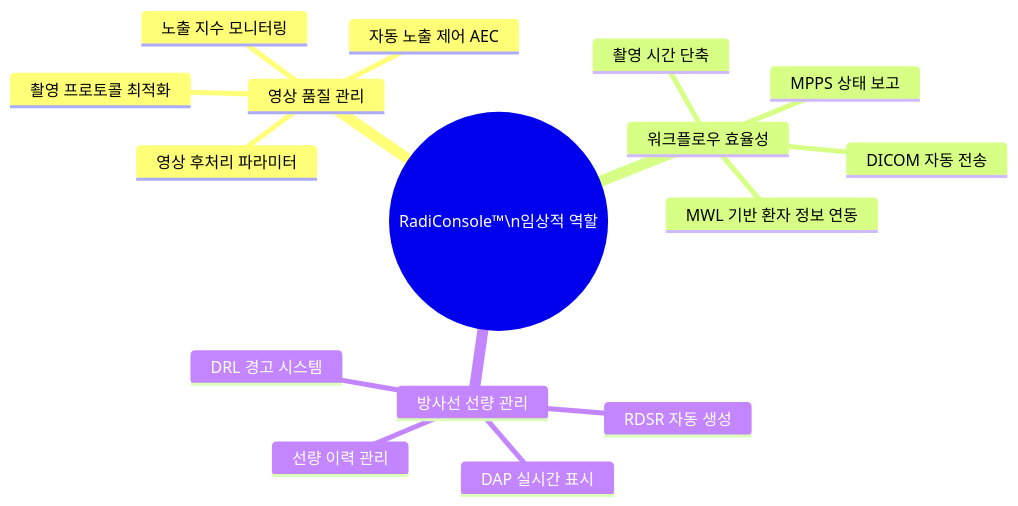
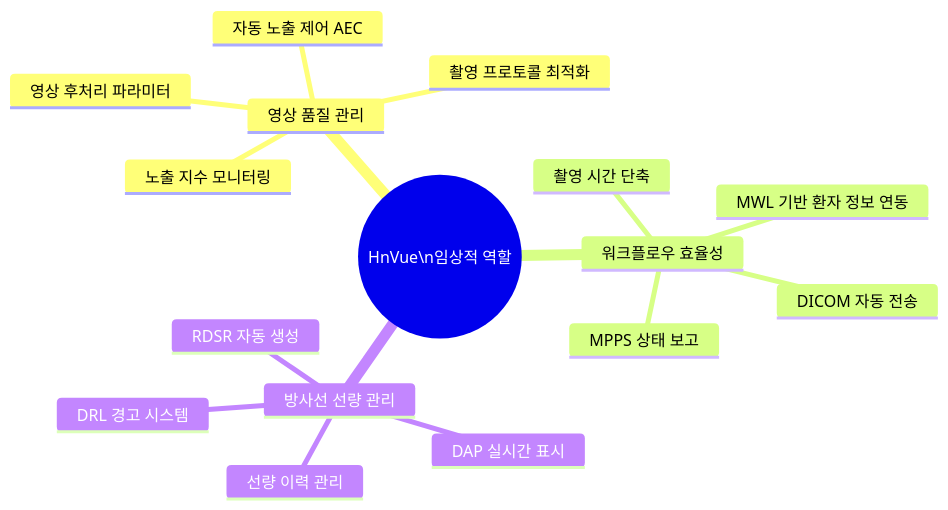
The second of 7 diagrams in docs/regulatory/DOC-020_Clinical_Evaluation_Plan_v1.0.md (holee9/console-gui), drawn with Mermaid before and after one commit. The commit also changed other lines of this file and 40 other files, not shown here.

````diff
--- a/docs/regulatory/DOC-020_Clinical_Evaluation_Plan_v1.0.md
+++ b/docs/regulatory/DOC-020_Clinical_Evaluation_Plan_v1.0.md
@@ -206,19 +206,19 @@
 ```mermaid
 mindmap
-  root((RadiConsole™\n임상적 역할))
+  root((HnVue\n임상적 역할))
     영상 품질 관리
       촬영 프로토콜 최적화
       노출 지수 모니터링
       자동 노출 제어 AEC
       영상 후처리 파라미터
     워크플로우 효율성
       MWL 기반 환자 정보 연동
       MPPS 상태 보고
       DICOM 자동 전송
       촬영 시간 단축
     방사선 선량 관리
       DAP 실시간 표시
       RDSR 자동 생성
       DRL 경고 시스템
       선량 이력 관리
 ```
````
